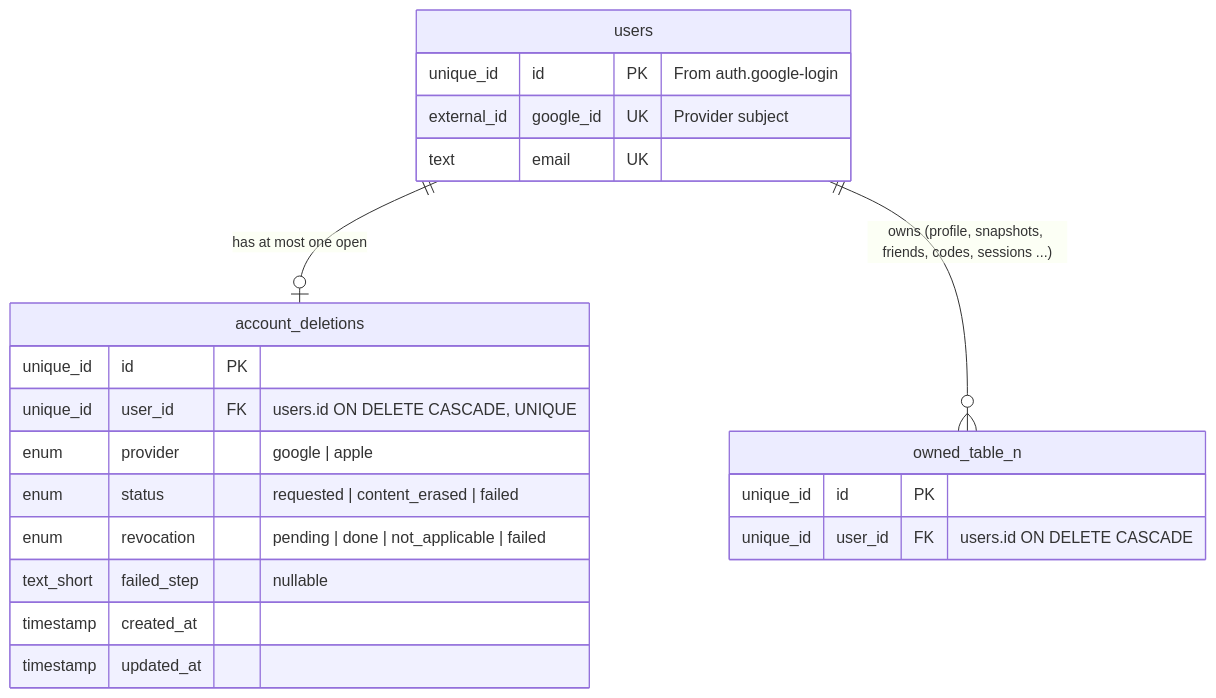
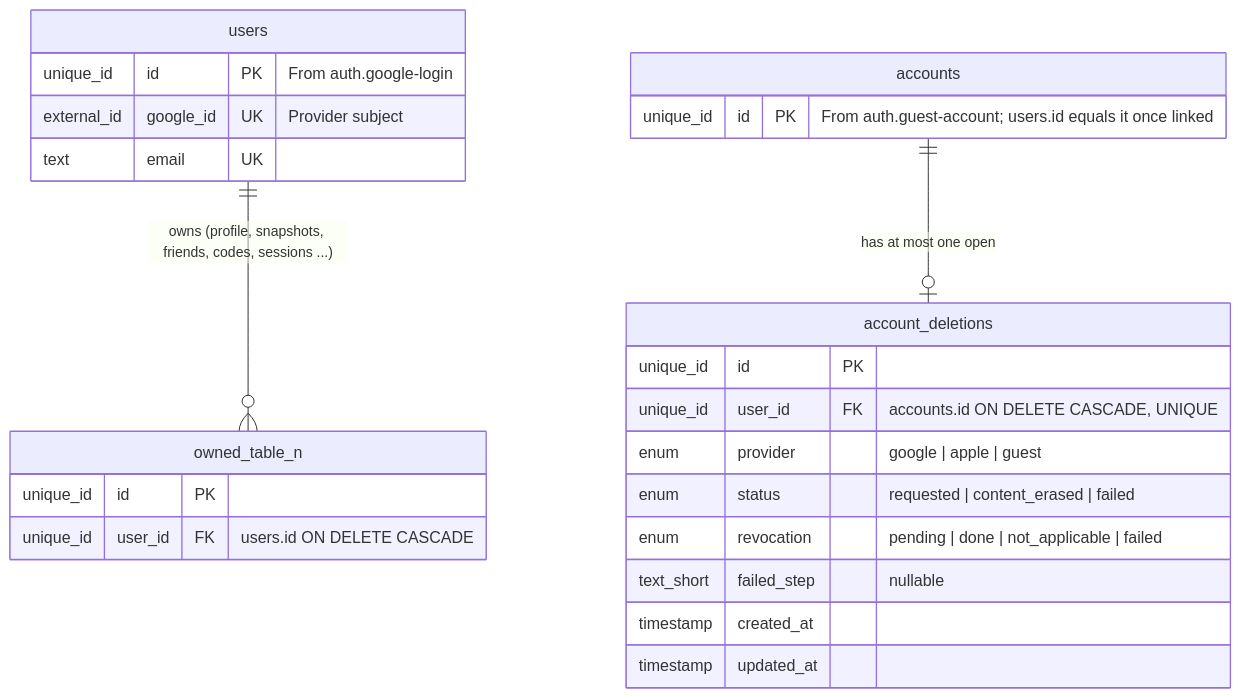
Before and after one commit to nguyenvanduocit/primitive-blocks-specs: the first of 5 diagrams in blocks/compliance/account-deletion/README.md, drawn with Mermaid. The commit also changed other lines of this file and 176 other files, not shown here.

````diff
--- a/blocks/compliance/account-deletion/README.md
+++ b/blocks/compliance/account-deletion/README.md
@@ -86,27 +88,31 @@
 ```mermaid
 erDiagram
     users {
         unique_id id PK "From auth.google-login"
         external_id google_id UK "Provider subject"
         text email UK
     }
 
+    accounts {
+        unique_id id PK "From auth.guest-account; users.id equals it once linked"
+    }
+
     account_deletions {
         unique_id id PK
-        unique_id user_id FK "users.id ON DELETE CASCADE, UNIQUE"
-        enum provider "google | apple"
+        unique_id user_id FK "accounts.id ON DELETE CASCADE, UNIQUE"
+        enum provider "google | apple | guest"
         enum status "requested | content_erased | failed"
         enum revocation "pending | done | not_applicable | failed"
         text_short failed_step "nullable"
         timestamp created_at
         timestamp updated_at
     }
 
     owned_table_n {
         unique_id id PK
         unique_id user_id FK "users.id ON DELETE CASCADE"
     }
 
-    users ||--o| account_deletions : "has at most one open"
+    accounts ||--o| account_deletions : "has at most one open"
     users ||--o{ owned_table_n : "owns (profile, snapshots, friends, codes, sessions ...)"
 ```
````
